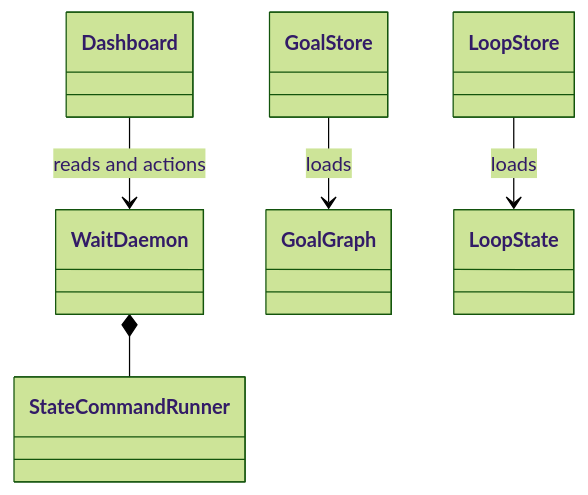
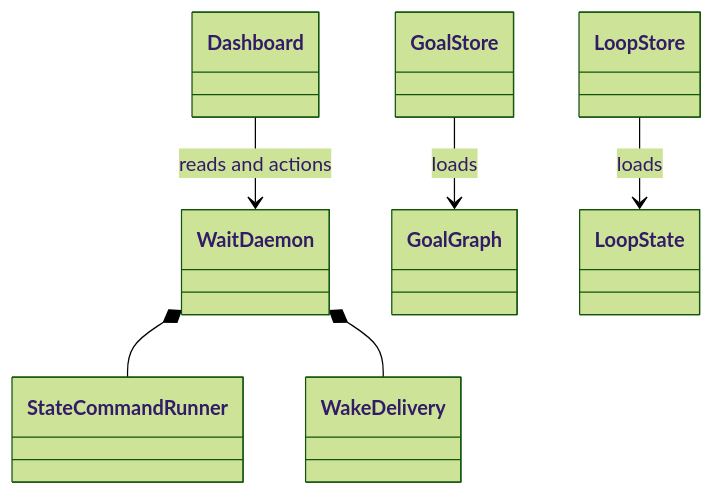
Before and after one commit to wenxueru/wait-skill: the diagram in README.md, drawn with Mermaid (forest theme). The commit also changed other lines of this file and 23 other files, not shown here.

First line of the commit message:
feat: make Wait wake delivery durable

````diff
--- a/README.md
+++ b/README.md
@@ -99,7 +99,8 @@
 ```mermaid
 classDiagram
   WaitDaemon *-- StateCommandRunner
+  WaitDaemon *-- WakeDelivery
   Dashboard --> WaitDaemon : reads and actions
   GoalStore --> GoalGraph : loads
   LoopStore --> LoopState : loads
 ```
````
